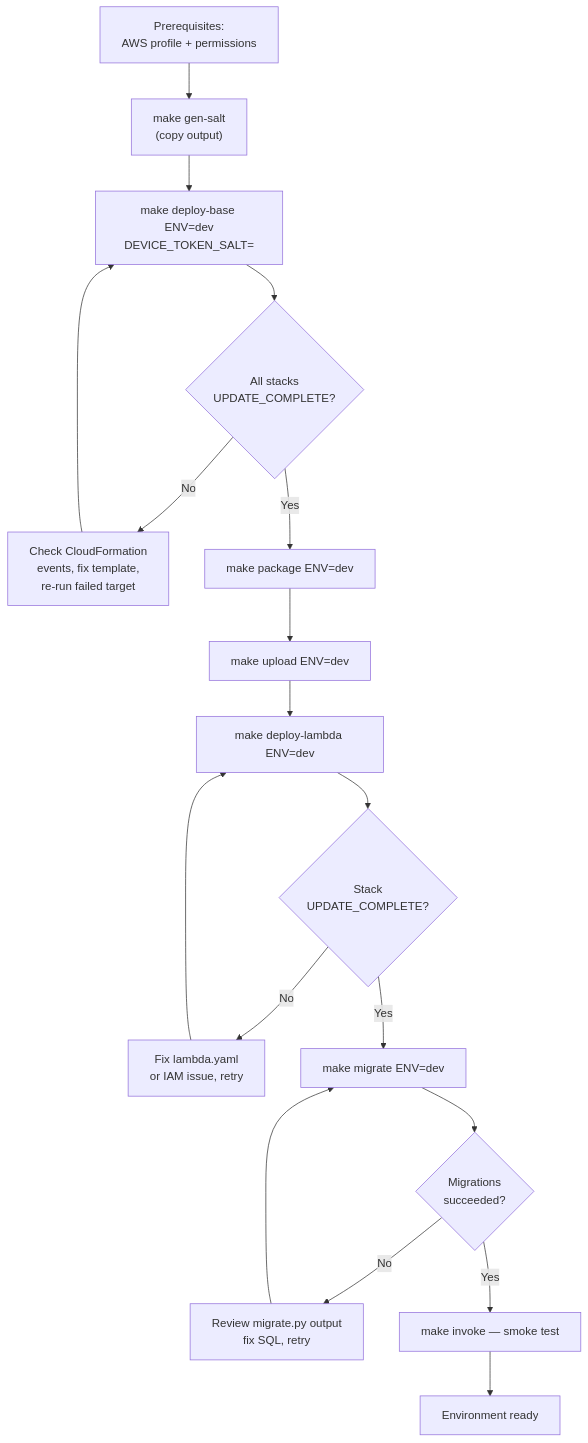
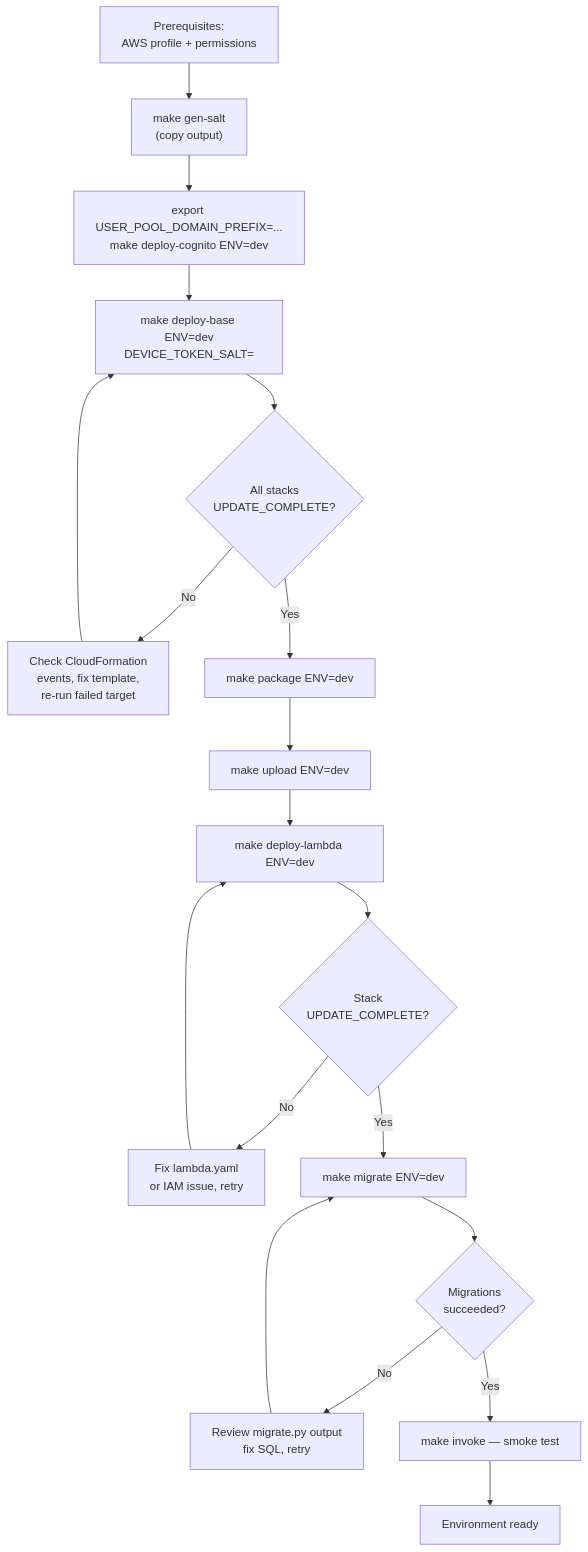
One commit to vrwmiller/outdoorsportsclub changed the diagram in docs/runbooks/first-deploy.md. Above: the diagram before and after it, drawn with Mermaid. The commit also changed other lines of this file and 2 other files, not shown here.

Commit message:
fix: address second Copilot review pass on PR #69
- Add MinLength: 1 to UserPoolDomainPrefix in cognito.yaml so CloudFormation
  fails fast on an empty value rather than producing a cryptic domain error
- Rename condition SocialLoginEnabled -> IsSocialLoginEnabled to avoid
  ambiguity with the same-named parameter
- Add export USER_POOL_DOMAIN_PREFIX=... to first-deploy.md Step 2 dev code
  block; update prose (no social login params needed for dev, but domain
  prefix always is)
- Add deploy-cognito node to first-deploy.md Mermaid flowchart between
  gen-salt and deploy-base
- Update stack-destroy-rebuild.md prerequisites to include export
  USER_POOL_DOMAIN_PREFIX before make deploy-cognito ENV=dev

````diff
--- a/docs/runbooks/first-deploy.md
+++ b/docs/runbooks/first-deploy.md
@@ -11,20 +11,21 @@
 ```mermaid
 flowchart TD
     A[Prerequisites:\nAWS profile + permissions] --> B["make gen-salt\n(copy output)"]
-    B --> C["make deploy-base ENV=dev\nDEVICE_TOKEN_SALT=<salt>"]
+    B --> BC["export USER_POOL_DOMAIN_PREFIX=...\nmake deploy-cognito ENV=dev"]
+    BC --> C["make deploy-base ENV=dev\nDEVICE_TOKEN_SALT=<salt>"]
     C --> D{All stacks\nUPDATE_COMPLETE?}
     D -- No --> E[Check CloudFormation\nevents, fix template,\nre-run failed target]
     E --> C
     D -- Yes --> F["make package ENV=dev"]
     F --> G["make upload ENV=dev"]
     G --> H["make deploy-lambda ENV=dev"]
     H --> I{Stack\nUPDATE_COMPLETE?}
     I -- No --> J[Fix lambda.yaml\nor IAM issue, retry]
     J --> H
     I -- Yes --> K["make migrate ENV=dev"]
     K --> L{Migrations\nsucceeded?}
     L -- No --> M[Review migrate.py output\nfix SQL, retry]
     M --> K
     L -- Yes --> N["make invoke — smoke test"]
     N --> O[Environment ready]
 ```
````
